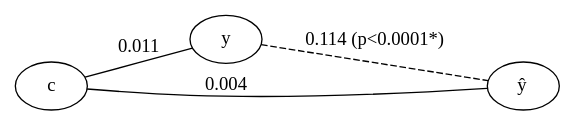
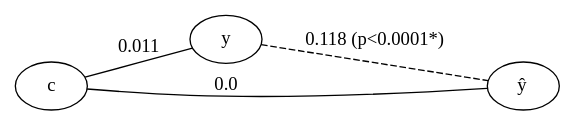
One commit to pni-lab/mlconfound-manuscript changed the diagram in fig/raw/emp_hcp_age_reg_full.dot. Above: the diagram before and after it, drawn with Graphviz. The commit also changed 143 other files, not shown here.

```diff
--- a/fig/raw/emp_hcp_age_reg_full.dot
+++ b/fig/raw/emp_hcp_age_reg_full.dot
@@ -1,9 +1,9 @@
 graph {
 	rankdir=LR
 	c [label=c]
 	y [label=y]
 	yhat [label=<y&#770;>]
-	c -- yhat [label=0.004]
+	c -- yhat [label=0.0]
 	c -- y [label=0.011]
-	y -- yhat [label="0.114 (p<0.0001*)" style=dashed]
+	y -- yhat [label="0.118 (p<0.0001*)" style=dashed]
 }
```
